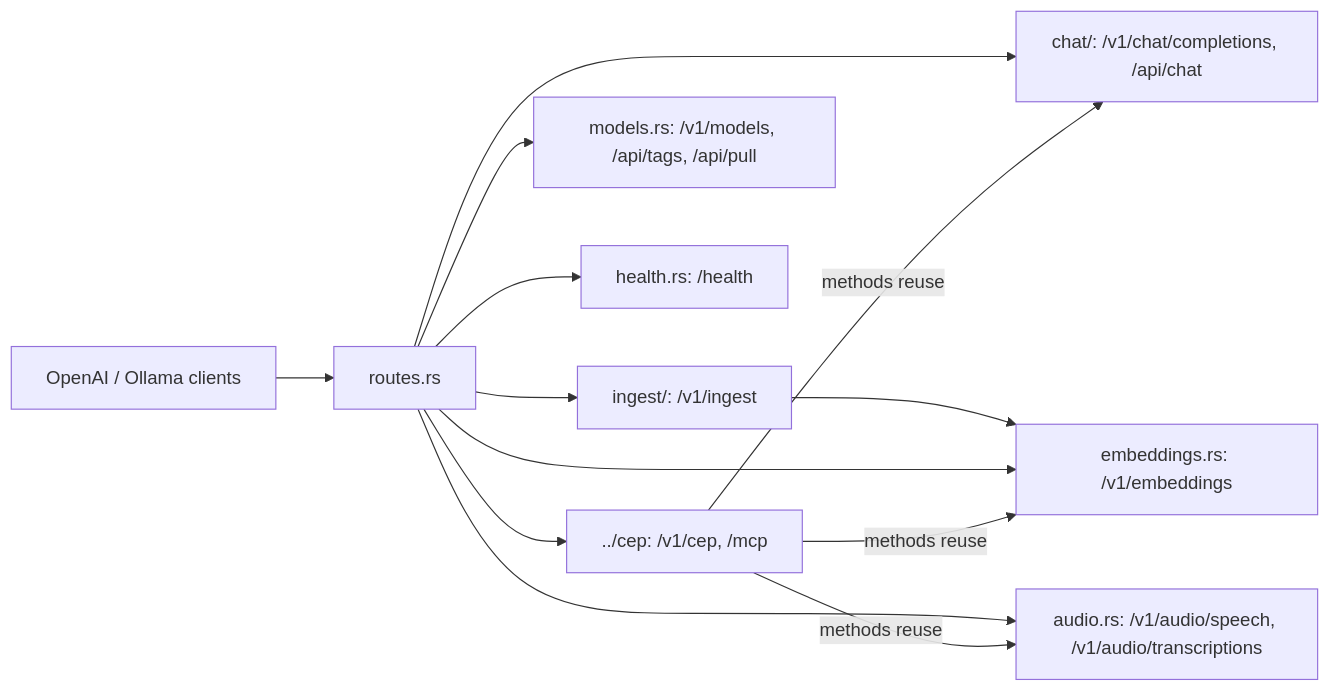
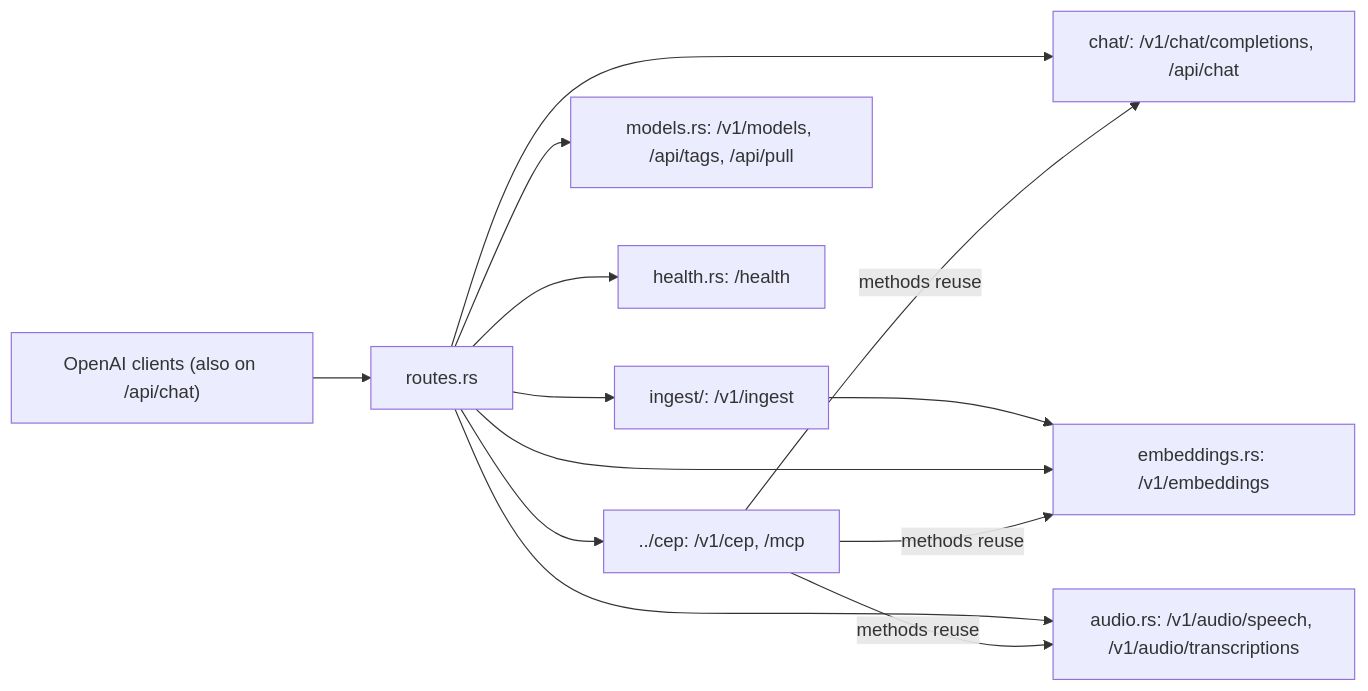
The diagram in api/src/handlers/README.md (cluaiz/cluaiz), drawn with Mermaid before and after one commit. The commit also changed other lines of this file and 210 other files, not shown here.

Commit message:
docs: figures redrawn in black and white as real diagrams, Coming from Ollama, terminal screen page, OS sandbox facts corrected, OpenAI extra_body

````diff
--- a/api/src/handlers/README.md
+++ b/api/src/handlers/README.md
@@ -5,15 +7,15 @@
 ```mermaid
 graph LR
-    Client["OpenAI / Ollama clients"] --> Router["routes.rs"]
+    Client["OpenAI clients (also on /api/chat)"] --> Router["routes.rs"]
     Router --> Chat["chat/: /v1/chat/completions, /api/chat"]
     Router --> Ingest["ingest/: /v1/ingest"]
     Ingest --> Emb["embeddings.rs: shared EmbeddingExecutor"]
     Router --> Emb["embeddings.rs: /v1/embeddings"]
     Router --> Audio["audio.rs: /v1/audio/speech, /v1/audio/transcriptions"]
     Router --> Models["models.rs: /v1/models, /api/tags, /api/pull"]
     Router --> Health["health.rs: /health"]
     Router --> CEP["../cep: /v1/cep, /mcp"]
     CEP -->|"methods reuse"| Chat
     CEP -->|"methods reuse"| Audio
     CEP -->|"methods reuse"| Emb
 ```
````
